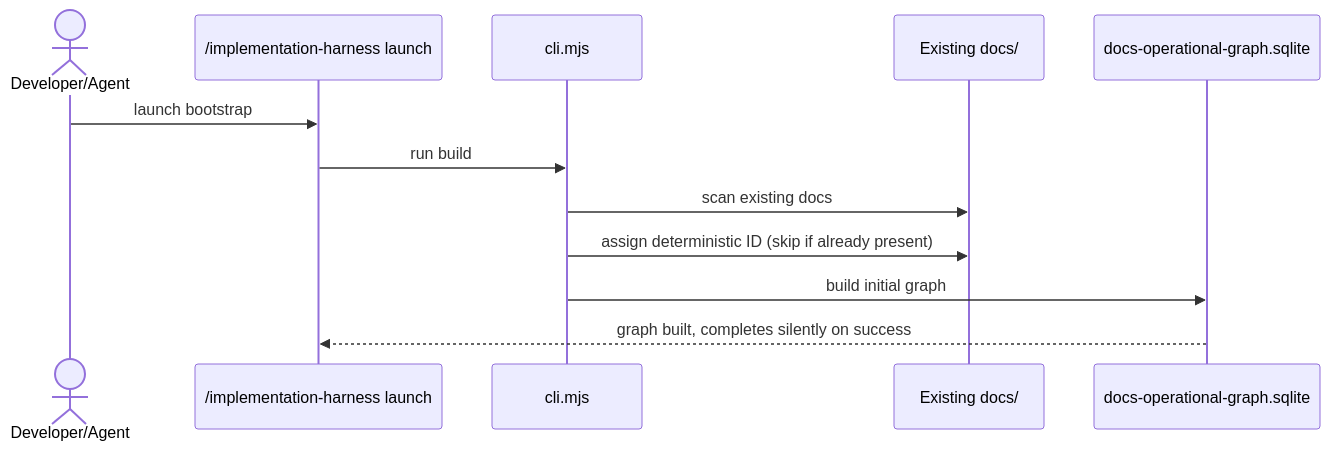
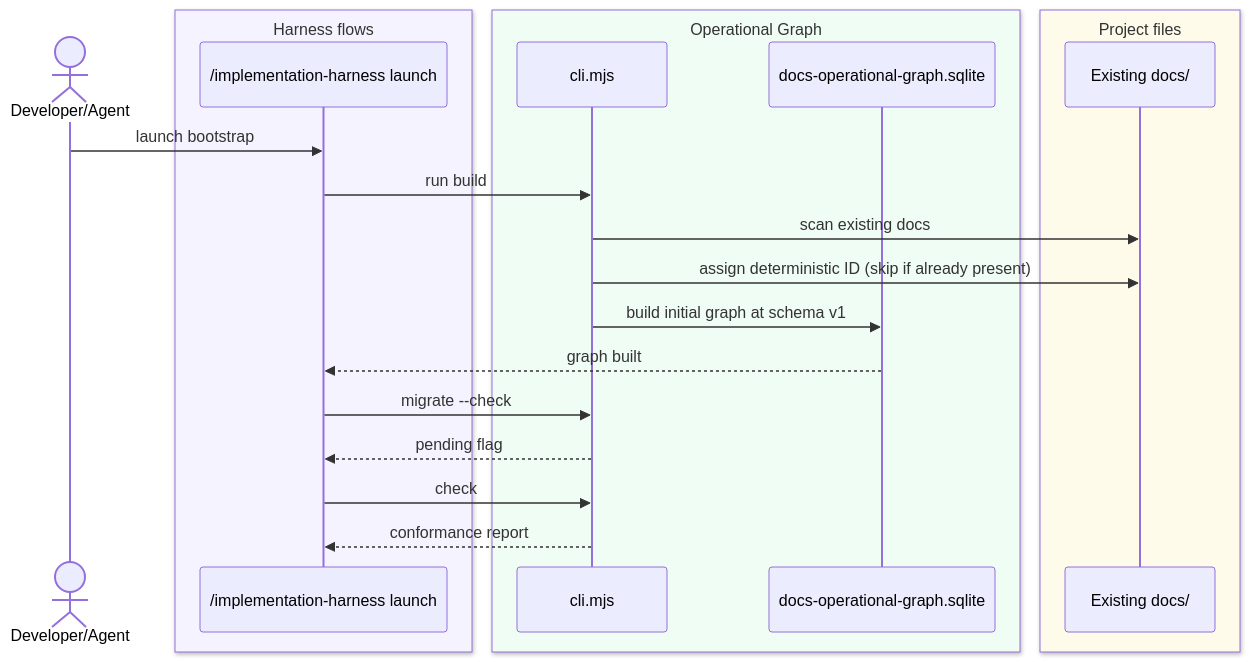
The seventh of 7 diagrams in docs/Harness/07 Operational Graph/01 Ops Model.md (DataArt/artisyn-implementation-harness), drawn with Mermaid before and after one commit. The commit also changed other lines of this file and 372 other files, not shown here.

First line of the commit message:
feat(harness): okf-compatible knowledge base with og scope guard, schema v1, migrate and check (4.2.0) (#23)

````diff
--- a/docs/Harness/07 Operational Graph/01 Ops Model.md
+++ b/docs/Harness/07 Operational Graph/01 Ops Model.md
@@ -186,15 +301,25 @@
 ```mermaid
 sequenceDiagram
     actor Dev as Developer/Agent
-    participant Boot as /implementation-harness launch
-    participant Script as cli.mjs
-    participant Docs as Existing docs/
-    participant DB as docs-operational-graph.sqlite
+    box rgb(245,243,255) Harness flows
+        participant Boot as /implementation-harness launch
+    end
+    box rgb(240,253,244) Operational Graph
+        participant Script as cli.mjs
+        participant DB as docs-operational-graph.sqlite
+    end
+    box rgb(255,251,235) Project files
+        participant Docs as Existing docs/
+    end
 
     Dev->>Boot: launch bootstrap
     Boot->>Script: run build
     Script->>Docs: scan existing docs
     Script->>Docs: assign deterministic ID (skip if already present)
-    Script->>DB: build initial graph
-    DB-->>Boot: graph built, completes silently on success
+    Script->>DB: build initial graph at schema v1
+    DB-->>Boot: graph built
+    Boot->>Script: migrate --check
+    Script-->>Boot: pending flag
+    Boot->>Script: check
+    Script-->>Boot: conformance report
 ```
````
